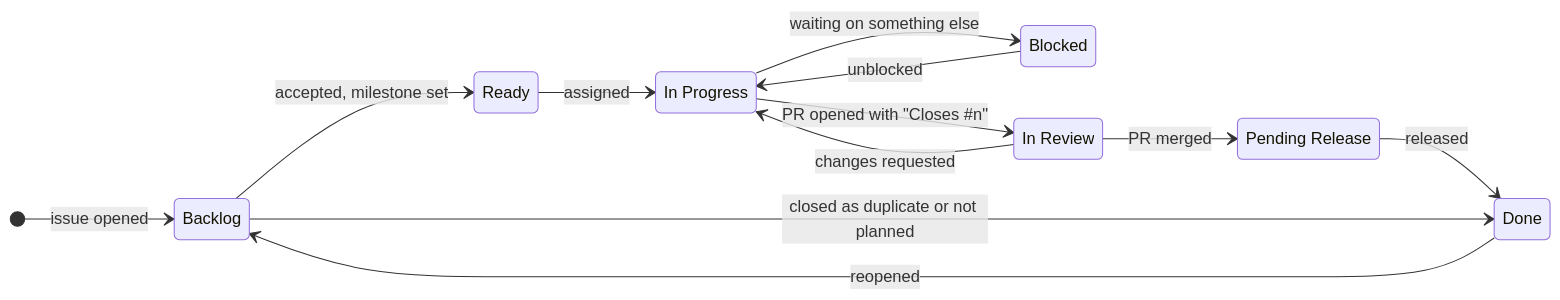
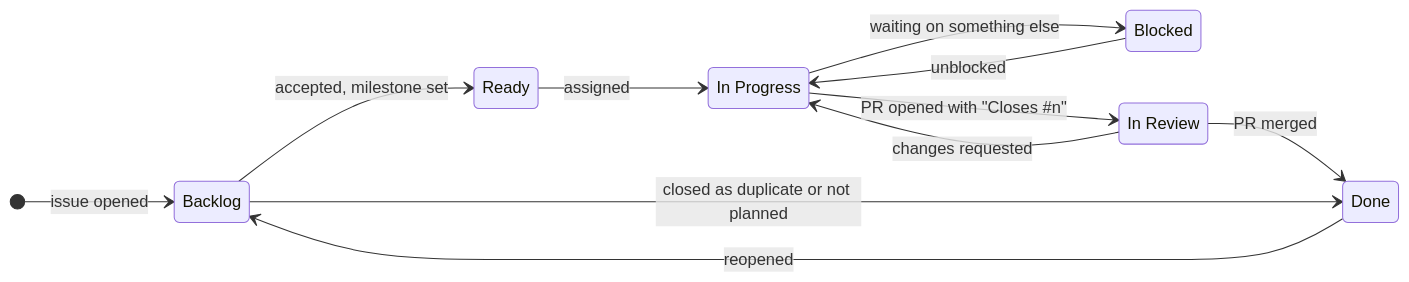
Before and after one commit to sisaio/sisa-caching-rs: the diagram in CONTRIBUTING.md, drawn with Mermaid. The commit also changed other lines of this file and 3 other files, not shown here.

````diff
--- a/CONTRIBUTING.md
+++ b/CONTRIBUTING.md
@@ -105,18 +105,16 @@
 ```mermaid
 stateDiagram-v2
     direction LR
     [*] --> Backlog: issue opened
     Backlog --> Ready: accepted, milestone set
     Ready --> InProgress: assigned
     InProgress --> Blocked: waiting on something else
     Blocked --> InProgress: unblocked
     InProgress --> InReview: PR opened with "Closes #n"
     InReview --> InProgress: changes requested
-    InReview --> PendingRelease: PR merged
-    PendingRelease --> Done: released
+    InReview --> Done: PR merged
     Backlog --> Done: closed as duplicate or not planned
     Done --> Backlog: reopened
     InProgress: In Progress
     InReview: In Review
-    PendingRelease: Pending Release
 ```
````
